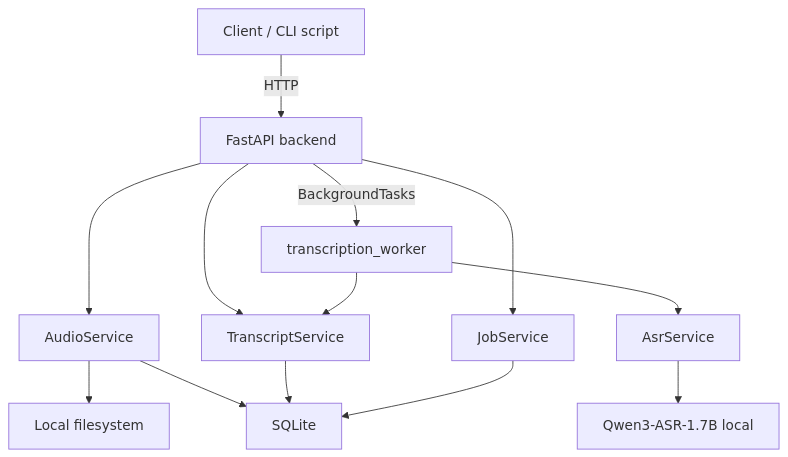
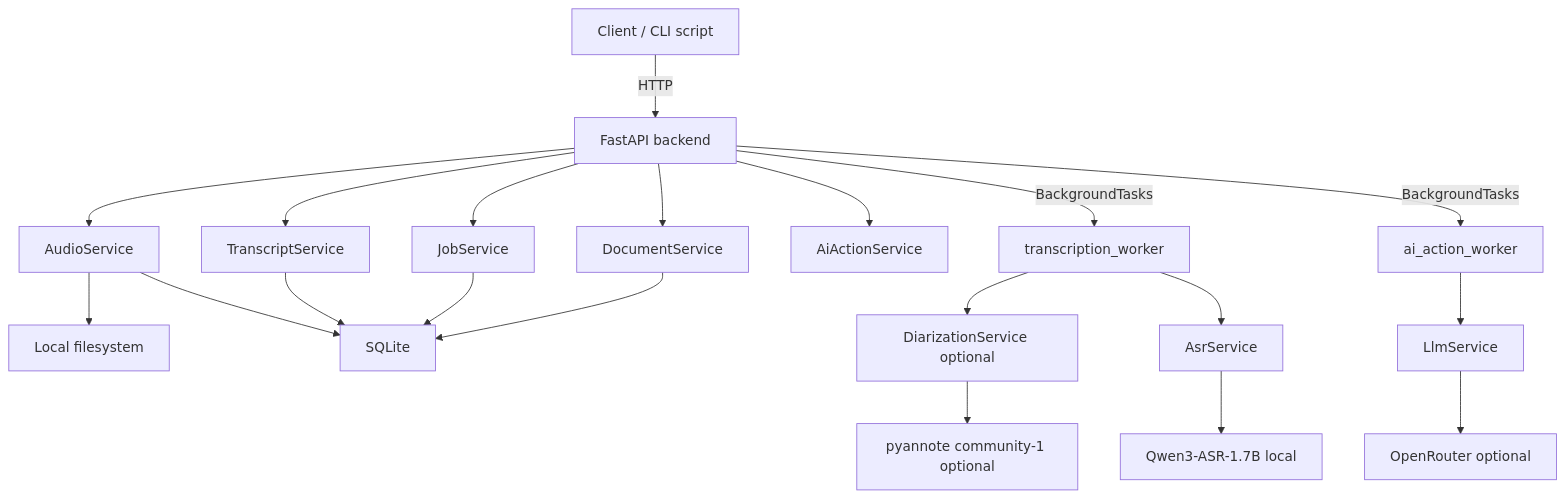
The diagram in docs/architecture.md (cyborgoat/finch), drawn with Mermaid before and after one commit. The commit also changed other lines of this file and 63 other files, not shown here.

````diff
--- a/docs/architecture.md
+++ b/docs/architecture.md
@@ -11,15 +11,22 @@
 ```mermaid
 flowchart TD
     client["Client / CLI script"] -->|HTTP| api["FastAPI backend"]
     api --> audioSvc["AudioService"]
     api --> jobSvc["JobService"]
     api --> transcriptSvc["TranscriptService"]
+    api --> docSvc["DocumentService"]
+    api --> aiSvc["AiActionService"]
     audioSvc --> fs["Local filesystem"]
     audioSvc --> db["SQLite"]
     transcriptSvc --> db
     jobSvc --> db
-    api -->|BackgroundTasks| worker["transcription_worker"]
-    worker --> asrSvc["AsrService"]
+    docSvc --> db
+    api -->|BackgroundTasks| txWorker["transcription_worker"]
+    api -->|BackgroundTasks| aiWorker["ai_action_worker"]
+    txWorker --> diarSvc["DiarizationService optional"]
+    txWorker --> asrSvc["AsrService"]
     asrSvc --> qwen["Qwen3-ASR-1.7B local"]
-    worker --> transcriptSvc
+    diarSvc --> pyannote["pyannote community-1 optional"]
+    aiWorker --> llmSvc["LlmService"]
+    llmSvc --> openrouter["OpenRouter optional"]
 ```
````
